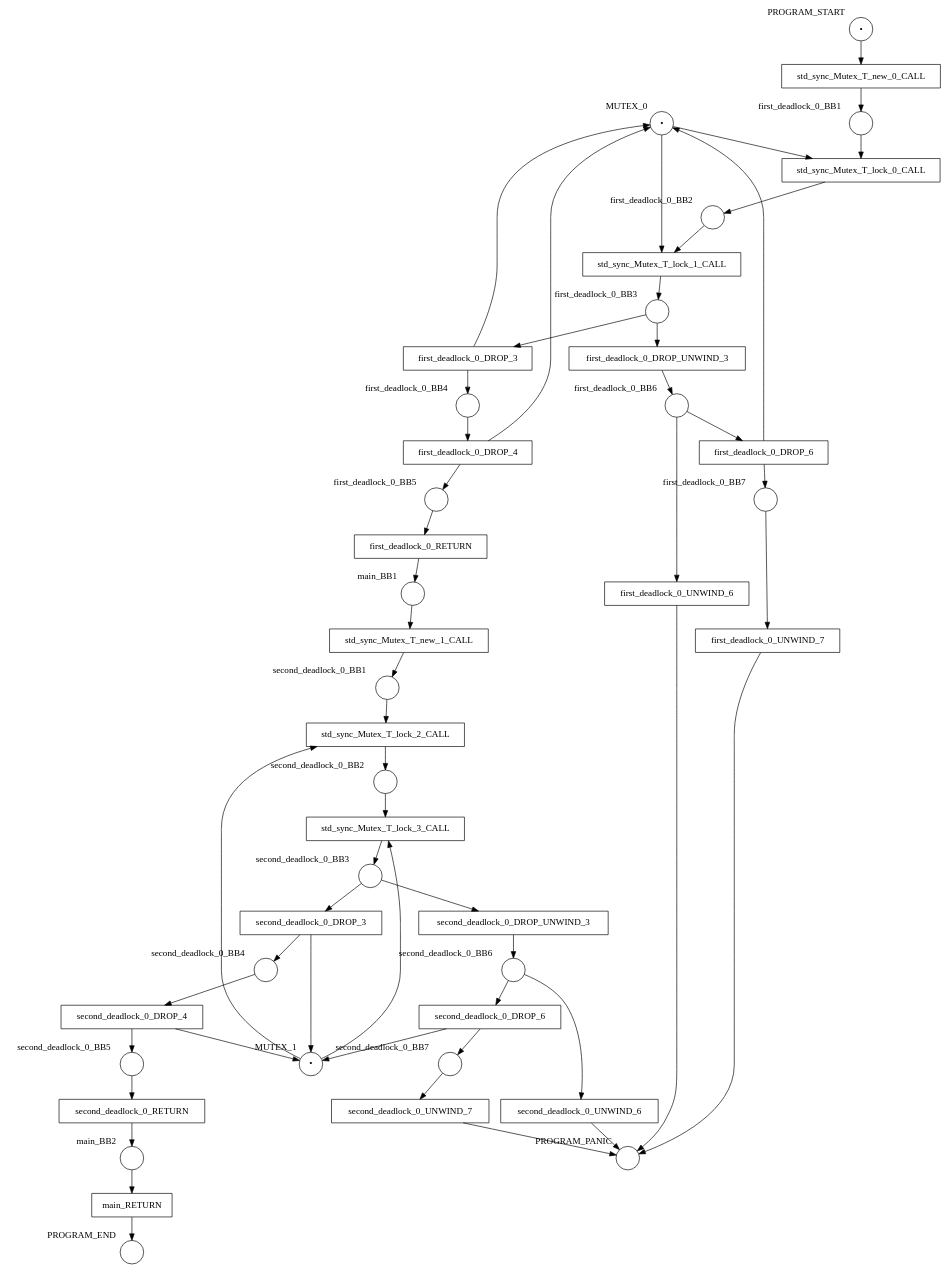
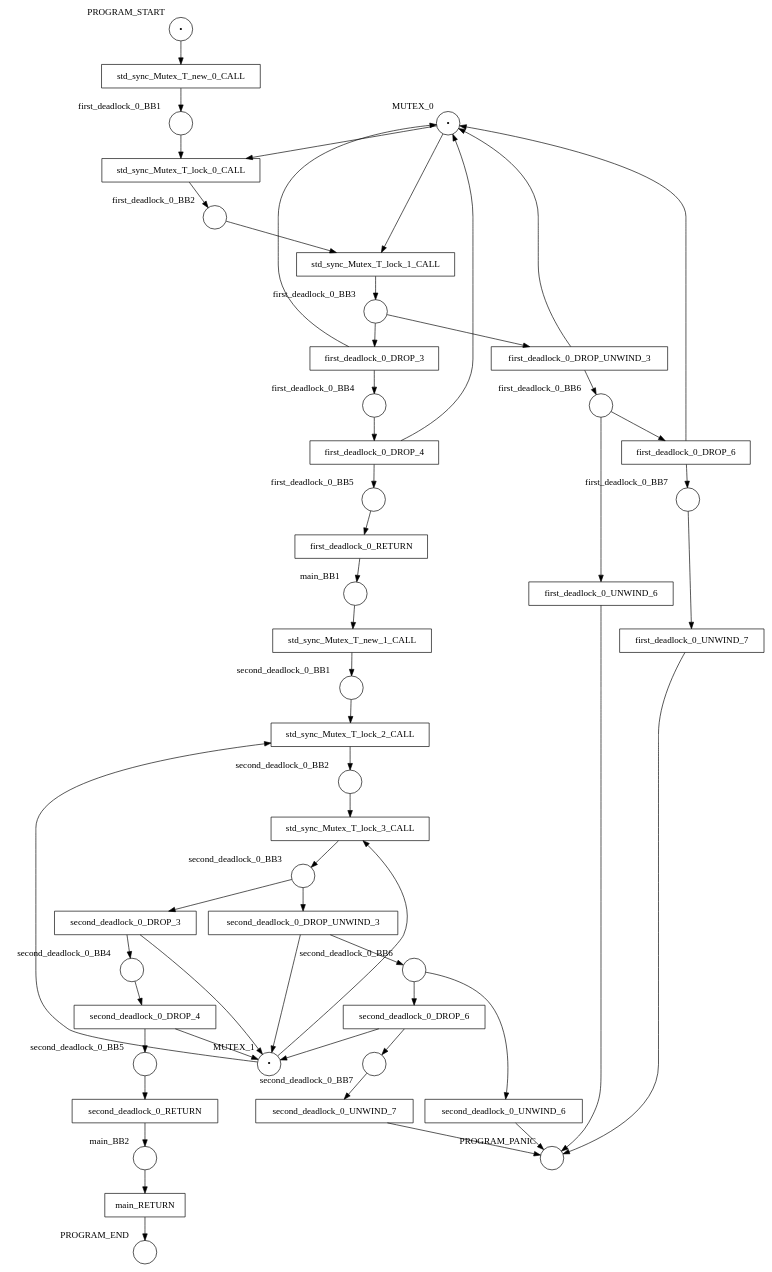
The diagram in examples/results/mutex/double_lock_deadlock_in_function/net.dot (hlisdero/cargo-check-deadlock), drawn with Graphviz before and after one commit. The commit also changed 28 other files, not shown here.

First line of the commit message:
Handle the lock guard in the unwind transition of a drop terminator.

```diff
--- a/examples/results/mutex/double_lock_deadlock_in_function/net.dot
+++ b/examples/results/mutex/double_lock_deadlock_in_function/net.dot
@@ -1,96 +1,98 @@
 digraph petrinet {
     MUTEX_0 [shape="circle" xlabel="MUTEX_0" label="•"];
     MUTEX_1 [shape="circle" xlabel="MUTEX_1" label="•"];
     PROGRAM_END [shape="circle" xlabel="PROGRAM_END" label=""];
     PROGRAM_PANIC [shape="circle" xlabel="PROGRAM_PANIC" label=""];
     PROGRAM_START [shape="circle" xlabel="PROGRAM_START" label="•"];
     first_deadlock_0_BB1 [shape="circle" xlabel="first_deadlock_0_BB1" label=""];
     first_deadlock_0_BB2 [shape="circle" xlabel="first_deadlock_0_BB2" label=""];
     first_deadlock_0_BB3 [shape="circle" xlabel="first_deadlock_0_BB3" label=""];
     first_deadlock_0_BB4 [shape="circle" xlabel="first_deadlock_0_BB4" label=""];
     first_deadlock_0_BB5 [shape="circle" xlabel="first_deadlock_0_BB5" label=""];
     first_deadlock_0_BB6 [shape="circle" xlabel="first_deadlock_0_BB6" label=""];
     first_deadlock_0_BB7 [shape="circle" xlabel="first_deadlock_0_BB7" label=""];
     main_BB1 [shape="circle" xlabel="main_BB1" label=""];
     main_BB2 [shape="circle" xlabel="main_BB2" label=""];
     second_deadlock_0_BB1 [shape="circle" xlabel="second_deadlock_0_BB1" label=""];
     second_deadlock_0_BB2 [shape="circle" xlabel="second_deadlock_0_BB2" label=""];
     second_deadlock_0_BB3 [shape="circle" xlabel="second_deadlock_0_BB3" label=""];
     second_deadlock_0_BB4 [shape="circle" xlabel="second_deadlock_0_BB4" label=""];
     second_deadlock_0_BB5 [shape="circle" xlabel="second_deadlock_0_BB5" label=""];
     second_deadlock_0_BB6 [shape="circle" xlabel="second_deadlock_0_BB6" label=""];
     second_deadlock_0_BB7 [shape="circle" xlabel="second_deadlock_0_BB7" label=""];
     first_deadlock_0_DROP_3 [shape="box" xlabel="" label="first_deadlock_0_DROP_3"];
     first_deadlock_0_DROP_4 [shape="box" xlabel="" label="first_deadlock_0_DROP_4"];
     first_deadlock_0_DROP_6 [shape="box" xlabel="" label="first_deadlock_0_DROP_6"];
     first_deadlock_0_DROP_UNWIND_3 [shape="box" xlabel="" label="first_deadlock_0_DROP_UNWIND_3"];
     first_deadlock_0_RETURN [shape="box" xlabel="" label="first_deadlock_0_RETURN"];
     first_deadlock_0_UNWIND_6 [shape="box" xlabel="" label="first_deadlock_0_UNWIND_6"];
     first_deadlock_0_UNWIND_7 [shape="box" xlabel="" label="first_deadlock_0_UNWIND_7"];
     main_RETURN [shape="box" xlabel="" label="main_RETURN"];
     second_deadlock_0_DROP_3 [shape="box" xlabel="" label="second_deadlock_0_DROP_3"];
     second_deadlock_0_DROP_4 [shape="box" xlabel="" label="second_deadlock_0_DROP_4"];
     second_deadlock_0_DROP_6 [shape="box" xlabel="" label="second_deadlock_0_DROP_6"];
     second_deadlock_0_DROP_UNWIND_3 [shape="box" xlabel="" label="second_deadlock_0_DROP_UNWIND_3"];
     second_deadlock_0_RETURN [shape="box" xlabel="" label="second_deadlock_0_RETURN"];
     second_deadlock_0_UNWIND_6 [shape="box" xlabel="" label="second_deadlock_0_UNWIND_6"];
     second_deadlock_0_UNWIND_7 [shape="box" xlabel="" label="second_deadlock_0_UNWIND_7"];
     std_sync_Mutex_T_lock_0_CALL [shape="box" xlabel="" label="std_sync_Mutex_T_lock_0_CALL"];
     std_sync_Mutex_T_lock_1_CALL [shape="box" xlabel="" label="std_sync_Mutex_T_lock_1_CALL"];
     std_sync_Mutex_T_lock_2_CALL [shape="box" xlabel="" label="std_sync_Mutex_T_lock_2_CALL"];
     std_sync_Mutex_T_lock_3_CALL [shape="box" xlabel="" label="std_sync_Mutex_T_lock_3_CALL"];
     std_sync_Mutex_T_new_0_CALL [shape="box" xlabel="" label="std_sync_Mutex_T_new_0_CALL"];
     std_sync_Mutex_T_new_1_CALL [shape="box" xlabel="" label="std_sync_Mutex_T_new_1_CALL"];
     MUTEX_0 -> std_sync_Mutex_T_lock_0_CALL;
     MUTEX_0 -> std_sync_Mutex_T_lock_1_CALL;
     MUTEX_1 -> std_sync_Mutex_T_lock_2_CALL;
     MUTEX_1 -> std_sync_Mutex_T_lock_3_CALL;
     PROGRAM_START -> std_sync_Mutex_T_new_0_CALL;
     first_deadlock_0_BB1 -> std_sync_Mutex_T_lock_0_CALL;
     first_deadlock_0_BB2 -> std_sync_Mutex_T_lock_1_CALL;
     first_deadlock_0_BB3 -> first_deadlock_0_DROP_3;
     first_deadlock_0_BB3 -> first_deadlock_0_DROP_UNWIND_3;
     first_deadlock_0_BB4 -> first_deadlock_0_DROP_4;
     first_deadlock_0_BB5 -> first_deadlock_0_RETURN;
     first_deadlock_0_BB6 -> first_deadlock_0_DROP_6;
     first_deadlock_0_BB6 -> first_deadlock_0_UNWIND_6;
     first_deadlock_0_BB7 -> first_deadlock_0_UNWIND_7;
     main_BB1 -> std_sync_Mutex_T_new_1_CALL;
     main_BB2 -> main_RETURN;
     second_deadlock_0_BB1 -> std_sync_Mutex_T_lock_2_CALL;
     second_deadlock_0_BB2 -> std_sync_Mutex_T_lock_3_CALL;
     second_deadlock_0_BB3 -> second_deadlock_0_DROP_3;
     second_deadlock_0_BB3 -> second_deadlock_0_DROP_UNWIND_3;
     second_deadlock_0_BB4 -> second_deadlock_0_DROP_4;
     second_deadlock_0_BB5 -> second_deadlock_0_RETURN;
     second_deadlock_0_BB6 -> second_deadlock_0_DROP_6;
     second_deadlock_0_BB6 -> second_deadlock_0_UNWIND_6;
     second_deadlock_0_BB7 -> second_deadlock_0_UNWIND_7;
     first_deadlock_0_DROP_3 -> MUTEX_0;
     first_deadlock_0_DROP_3 -> first_deadlock_0_BB4;
     first_deadlock_0_DROP_4 -> MUTEX_0;
     first_deadlock_0_DROP_4 -> first_deadlock_0_BB5;
     first_deadlock_0_DROP_6 -> MUTEX_0;
     first_deadlock_0_DROP_6 -> first_deadlock_0_BB7;
+    first_deadlock_0_DROP_UNWIND_3 -> MUTEX_0;
     first_deadlock_0_DROP_UNWIND_3 -> first_deadlock_0_BB6;
     first_deadlock_0_RETURN -> main_BB1;
     first_deadlock_0_UNWIND_6 -> PROGRAM_PANIC;
     first_deadlock_0_UNWIND_7 -> PROGRAM_PANIC;
     main_RETURN -> PROGRAM_END;
     second_deadlock_0_DROP_3 -> MUTEX_1;
     second_deadlock_0_DROP_3 -> second_deadlock_0_BB4;
     second_deadlock_0_DROP_4 -> MUTEX_1;
     second_deadlock_0_DROP_4 -> second_deadlock_0_BB5;
     second_deadlock_0_DROP_6 -> MUTEX_1;
     second_deadlock_0_DROP_6 -> second_deadlock_0_BB7;
+    second_deadlock_0_DROP_UNWIND_3 -> MUTEX_1;
     second_deadlock_0_DROP_UNWIND_3 -> second_deadlock_0_BB6;
     second_deadlock_0_RETURN -> main_BB2;
     second_deadlock_0_UNWIND_6 -> PROGRAM_PANIC;
     second_deadlock_0_UNWIND_7 -> PROGRAM_PANIC;
     std_sync_Mutex_T_lock_0_CALL -> first_deadlock_0_BB2;
     std_sync_Mutex_T_lock_1_CALL -> first_deadlock_0_BB3;
     std_sync_Mutex_T_lock_2_CALL -> second_deadlock_0_BB2;
     std_sync_Mutex_T_lock_3_CALL -> second_deadlock_0_BB3;
     std_sync_Mutex_T_new_0_CALL -> first_deadlock_0_BB1;
     std_sync_Mutex_T_new_1_CALL -> second_deadlock_0_BB1;
 }
```
